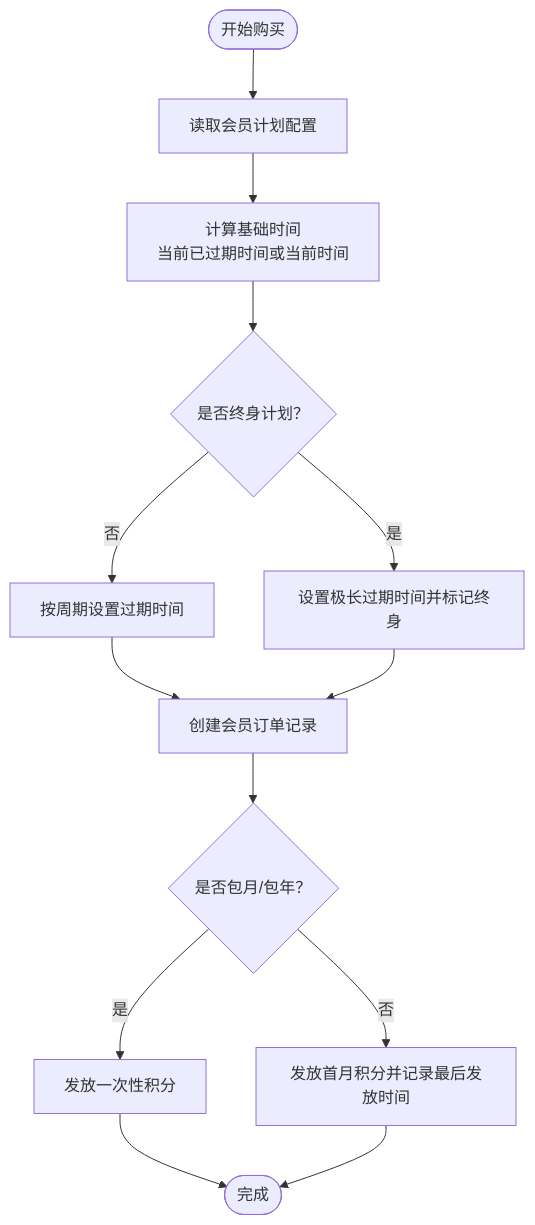
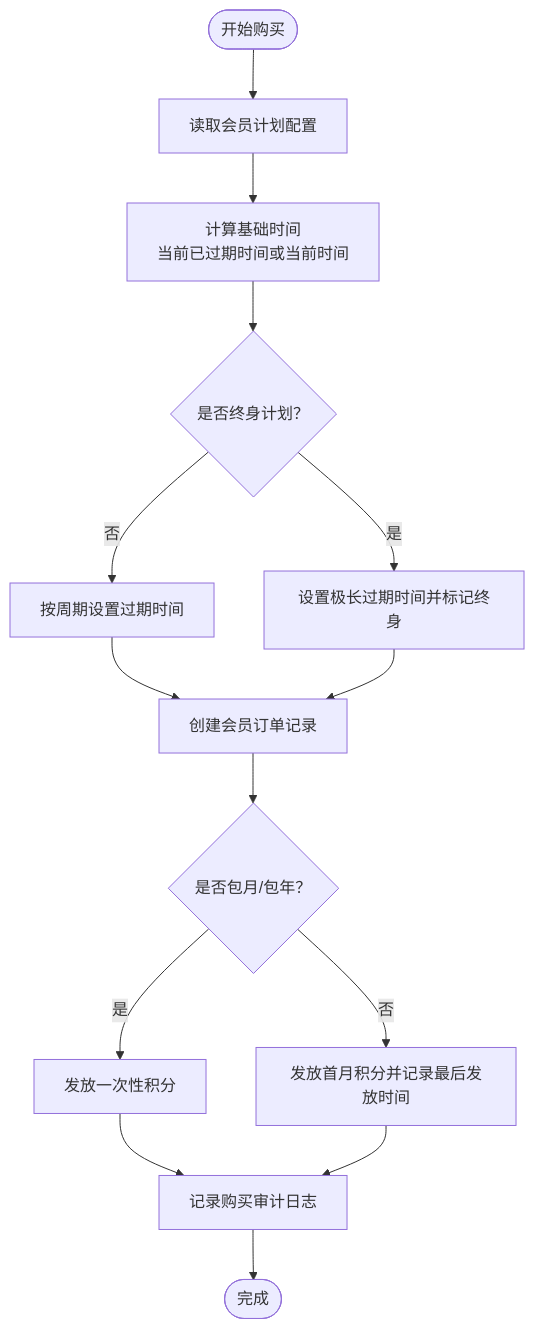
One commit to joezxh/QuantDinger changed the third of 7 diagrams in .qoder/repowiki/zh/content/核心功能模块/用户管理与商业化/计费订阅系统.md. Above: the diagram before and after it, drawn with Mermaid. The commit also changed other lines of this file and 548 other files, not shown here.

````diff
--- a/.qoder/repowiki/zh/content/核心功能模块/用户管理与商业化/计费订阅系统.md
+++ b/.qoder/repowiki/zh/content/核心功能模块/用户管理与商业化/计费订阅系统.md
@@ -141,15 +187,16 @@
 ```mermaid
 flowchart TD
 Start(["开始购买"]) --> ReadPlan["读取会员计划配置"]
 ReadPlan --> CalcBase["计算基础时间<br/>当前已过期时间或当前时间"]
 CalcBase --> IsLifetime{"是否终身计划？"}
 IsLifetime --> |否| SetExpiry["按周期设置过期时间"]
 IsLifetime --> |是| SetLongExpiry["设置极长过期时间并标记终身"]
 SetExpiry --> CreateOrder["创建会员订单记录"]
 SetLongExpiry --> CreateOrder
 CreateOrder --> GrantBonus{"是否包月/包年？"}
 GrantBonus --> |是| AddOnce["发放一次性积分"]
 GrantBonus --> |否| AddFirstMonth["发放首月积分并记录最后发放时间"]
-AddOnce --> Done(["完成"])
-AddFirstMonth --> Done
+AddOnce --> LogAudit["记录购买审计日志"]
+AddFirstMonth --> LogAudit
+LogAudit --> Done(["完成"])
 ```
````
